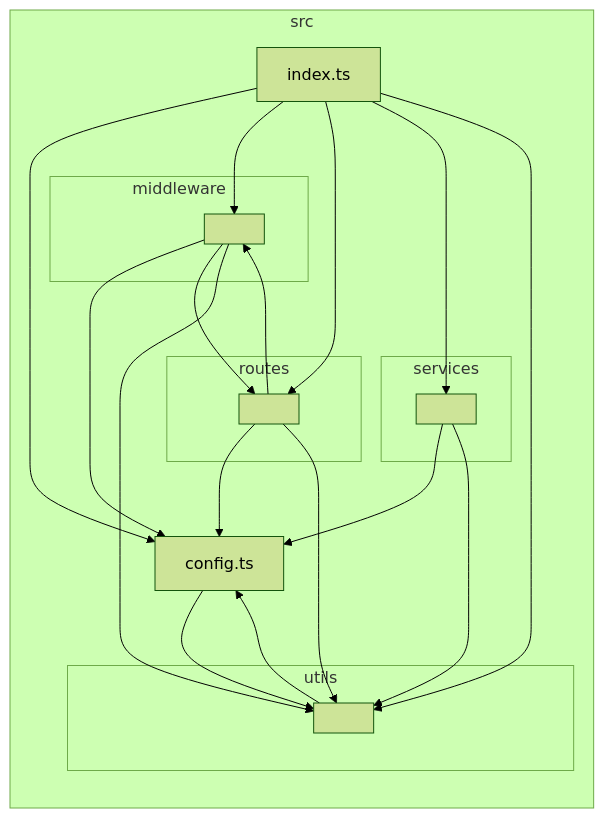
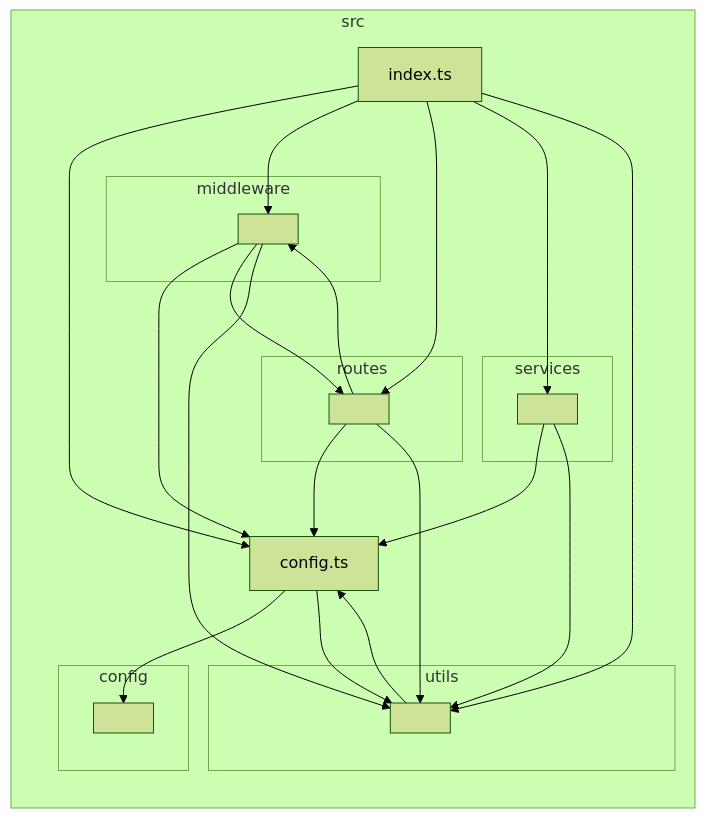
Before and after one commit to nekoguntai-castle/sanctuary: the diagram in docs/architecture/generated/gateway.md, drawn with Mermaid (forest theme). The commit also changed 8 other files, not shown here.

````diff
--- a/docs/architecture/generated/gateway.md
+++ b/docs/architecture/generated/gateway.md
@@ -19,35 +19,39 @@
 ```mermaid
 flowchart LR
 
 subgraph 0["src"]
 1["config.ts"]
-2["index.ts"]
-subgraph 3["middleware"]
-4[" "]
+subgraph 2["config"]
+3[" "]
 end
-subgraph 5["routes"]
+4["index.ts"]
+subgraph 5["middleware"]
 6[" "]
 end
-subgraph 7["services"]
+subgraph 7["routes"]
 8[" "]
 end
-subgraph 9["utils"]
+subgraph 9["services"]
 A[" "]
 end
+subgraph B["utils"]
+C[" "]
 end
-1-->A
-2-->1
-2-->4
-2-->6
-2-->8
-2-->A
+end
+1-->3
+1-->C
 4-->1
 4-->6
+4-->8
 4-->A
+4-->C
 6-->1
-6-->4
-6-->A
+6-->8
+6-->C
 8-->1
-8-->A
+8-->6
+8-->C
 A-->1
+A-->C
+C-->1
 ```
````
